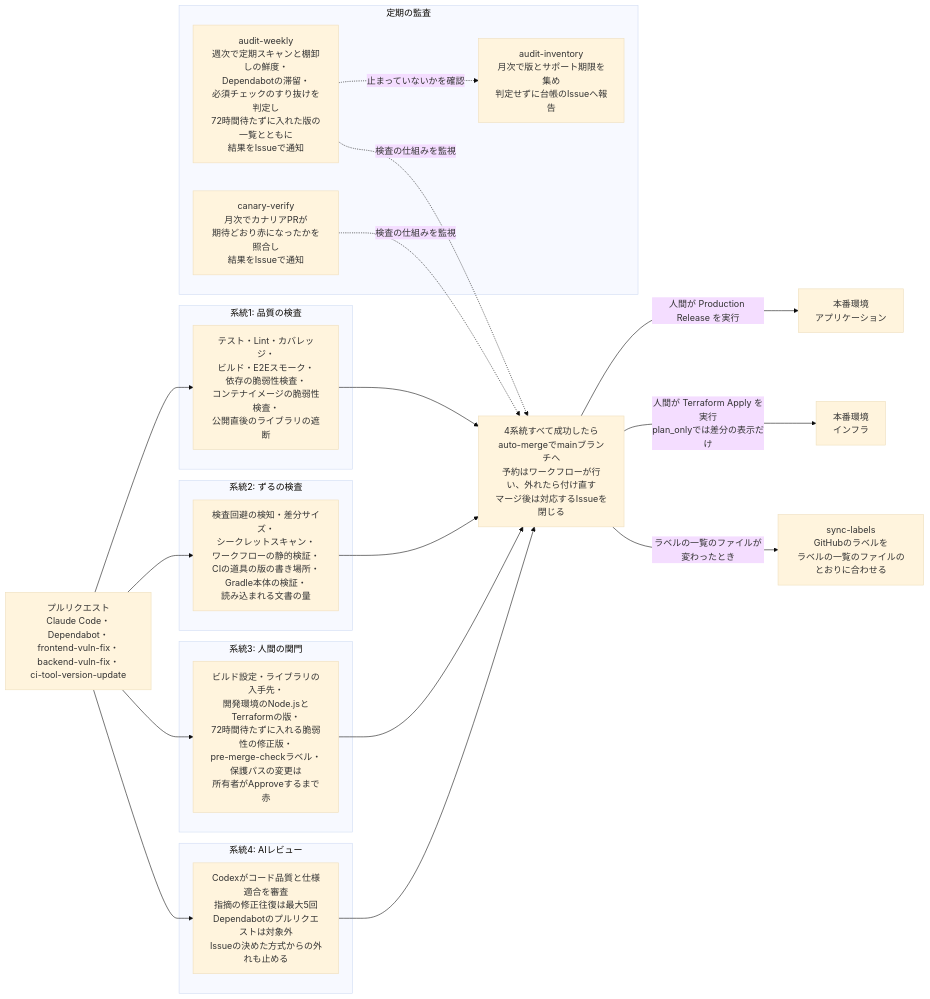
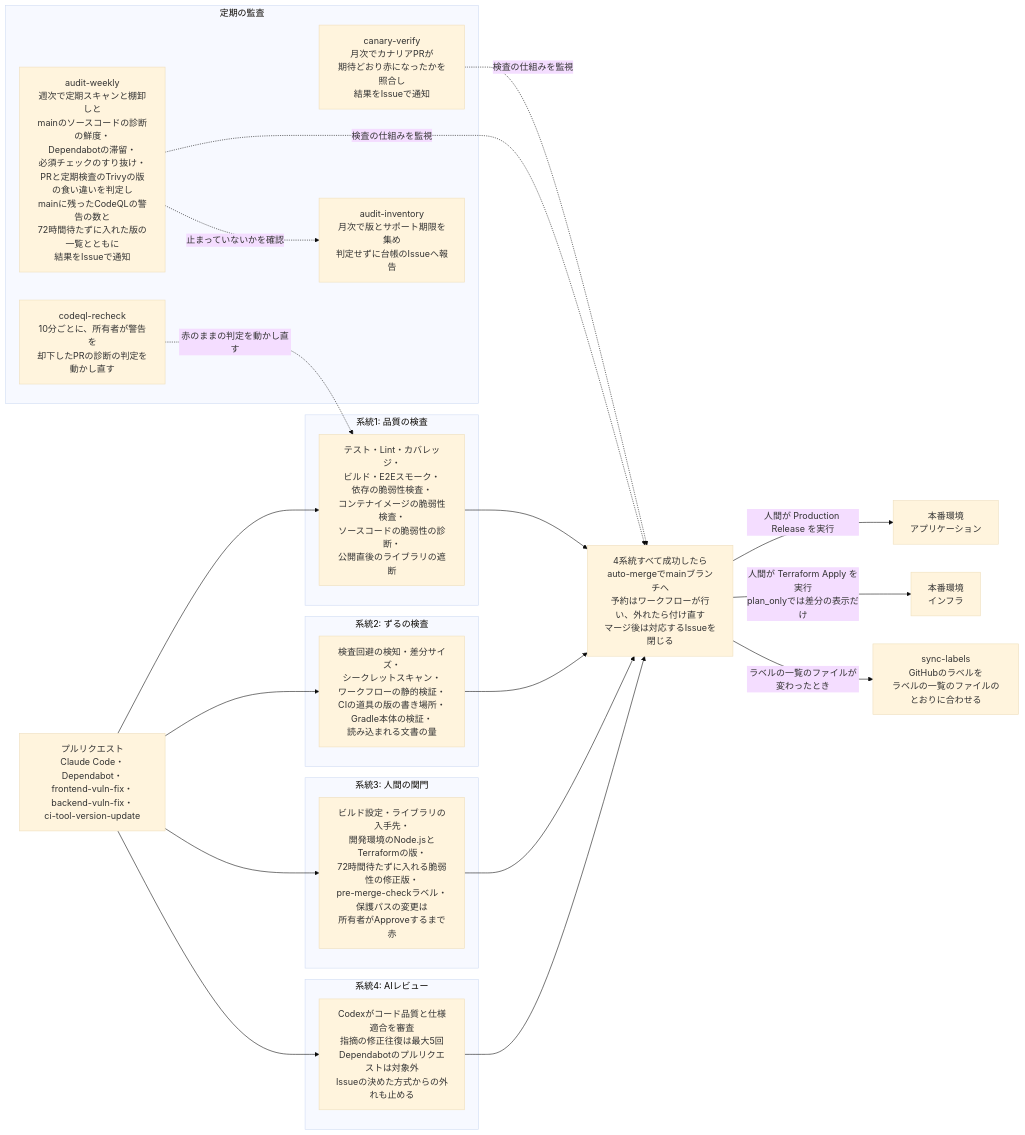
One commit to DogisRiki/KeirekiPro changed the first of 2 diagrams in README.md. Above: the diagram before and after it, drawn with Mermaid (base theme). The commit also changed other lines of this file and 3 other files, not shown here.

````diff
--- a/README.md
+++ b/README.md
@@ -53,37 +53,39 @@
 ```mermaid
 flowchart LR
     PR[プルリクエスト<br>Claude Code・Dependabot・<br>frontend-vuln-fix・backend-vuln-fix・<br>ci-tool-version-update]
 
     subgraph s1[系統1: 品質の検査]
-        Q[テスト・Lint・カバレッジ・<br>ビルド・E2Eスモーク・<br>依存の脆弱性検査・<br>コンテナイメージの脆弱性検査・<br>公開直後のライブラリの遮断]
+        Q[テスト・Lint・カバレッジ・<br>ビルド・E2Eスモーク・<br>依存の脆弱性検査・<br>コンテナイメージの脆弱性検査・<br>ソースコードの脆弱性の診断・<br>公開直後のライブラリの遮断]
     end
     subgraph s2[系統2: ずるの検査]
         Z[検査回避の検知・差分サイズ・<br>シークレットスキャン・<br>ワークフローの静的検証・<br>CIの道具の版の書き場所・<br>Gradle本体の検証・<br>読み込まれる文書の量]
     end
     subgraph s3[系統3: 人間の関門]
         H[ビルド設定・ライブラリの入手先・<br>開発環境のNode.jsとTerraformの版・<br>72時間待たずに入れる脆弱性の修正版・<br>pre-merge-checkラベル・保護パスの変更は<br>所有者がApproveするまで赤]
     end
     subgraph s4[系統4: AIレビュー]
         A[Codexがコード品質と仕様適合を審査<br>指摘の修正往復は最大5回<br>Dependabotのプルリクエストは対象外<br>Issueの決めた方式からの外れも止める]
     end
 
     PR --> Q
     PR --> Z
     PR --> H
     PR --> A
 
     Q & Z & H & A --> M[4系統すべて成功したら<br>auto-mergeでmainブランチへ<br>予約はワークフローが行い、外れたら付け直す<br>マージ後は対応するIssueを閉じる]
 
     M -->|人間が Production Release を実行| App[本番環境<br>アプリケーション]
     M -->|人間が Terraform Apply を実行<br>plan_onlyでは差分の表示だけ| Infra[本番環境<br>インフラ]
     M -->|ラベルの一覧のファイルが変わったとき| Labels[sync-labels<br>GitHubのラベルを<br>ラベルの一覧のファイルのとおりに合わせる]
 
     subgraph s5[定期の監査]
-        AW[audit-weekly<br>週次で定期スキャンと棚卸しの鮮度・<br>Dependabotの滞留・<br>必須チェックのすり抜けを判定し<br>72時間待たずに入れた版の一覧とともに<br>結果をIssueで通知]
+        AW[audit-weekly<br>週次で定期スキャンと棚卸しと<br>mainのソースコードの診断の鮮度・<br>Dependabotの滞留・<br>必須チェックのすり抜け・<br>PRと定期検査のTrivyの版の食い違いを判定し<br>mainに残ったCodeQLの警告の数と<br>72時間待たずに入れた版の一覧とともに<br>結果をIssueで通知]
         CV[canary-verify<br>月次でカナリアPRが<br>期待どおり赤になったかを照合し<br>結果をIssueで通知]
         AI[audit-inventory<br>月次で版とサポート期限を集め<br>判定せずに台帳のIssueへ報告]
+        CR[codeql-recheck<br>10分ごとに、所有者が警告を<br>却下したPRの診断の判定を<br>動かし直す]
     end
 
     AW & CV -.検査の仕組みを監視.-> M
     AW -.止まっていないかを確認.-> AI
+    CR -.赤のままの判定を動かし直す.-> Q
 ```
````
